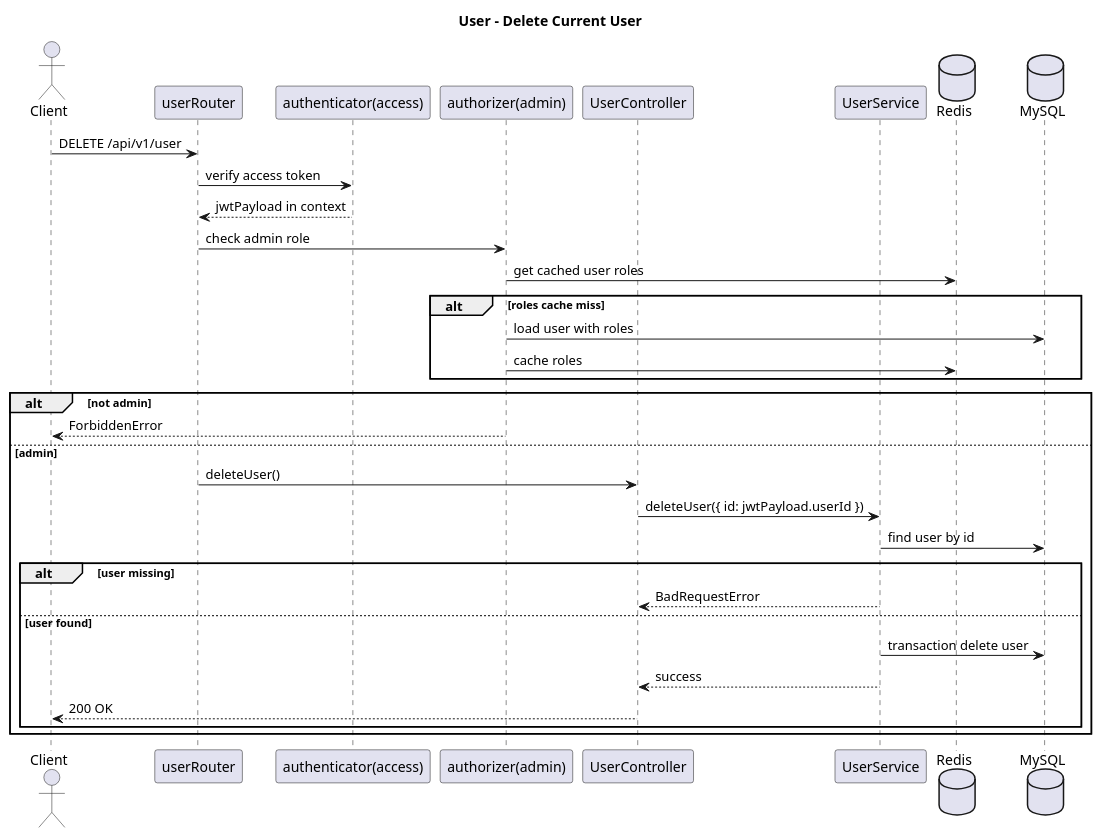
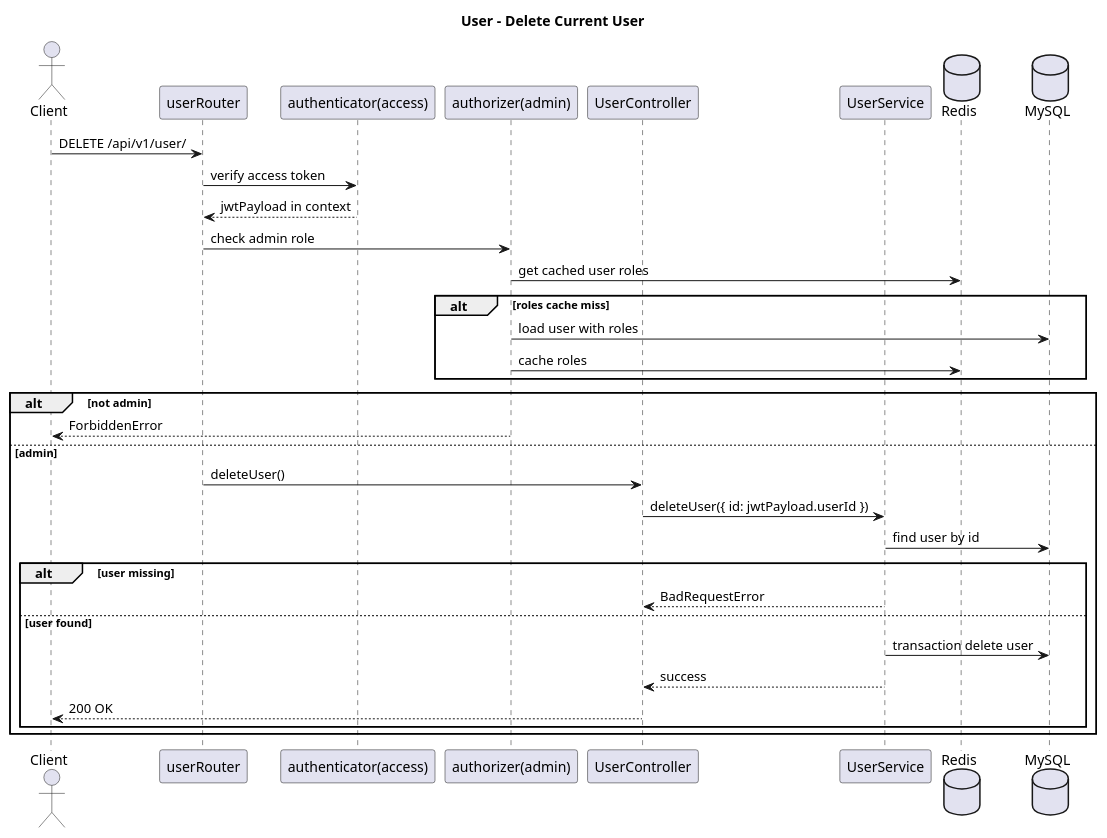
The ninth of 9 diagrams in docs/202605061020-auth-user-use-cases.md (sy-nt/CNPMM_BE), drawn with PlantUML before and after one commit. The commit also changed other lines of this file and 9 other files, not shown here.

````diff
--- a/docs/202605061020-auth-user-use-cases.md
+++ b/docs/202605061020-auth-user-use-cases.md
@@ -404,39 +413,39 @@
 ```plantuml
 @startuml
 title User - Delete Current User
 
 actor Client
 participant "userRouter" as Router
 participant "authenticator(access)" as Authenticator
 participant "authorizer(admin)" as Authorizer
 participant "UserController" as Controller
 participant "UserService" as Service
 database "Redis" as Redis
 database "MySQL" as DB
 
-Client -> Router: DELETE /api/v1/user
+Client -> Router: DELETE /api/v1/user/
 Router -> Authenticator: verify access token
 Authenticator --> Router: jwtPayload in context
 Router -> Authorizer: check admin role
 Authorizer -> Redis: get cached user roles
 alt roles cache miss
     Authorizer -> DB: load user with roles
     Authorizer -> Redis: cache roles
 end
 alt not admin
     Authorizer --> Client: ForbiddenError
 else admin
     Router -> Controller: deleteUser()
     Controller -> Service: deleteUser({ id: jwtPayload.userId })
     Service -> DB: find user by id
     alt user missing
         Service --> Controller: BadRequestError
     else user found
         Service -> DB: transaction delete user
         Service --> Controller: success
         Controller --> Client: 200 OK
     end
 end
 
 @enduml
 ```
````
